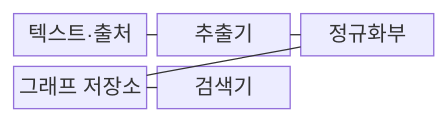
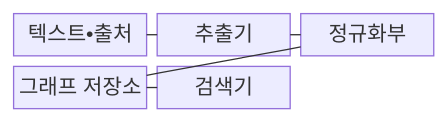
Before and after one commit to agnusdei1207/knowledge-base: the first of 2 diagrams in src/content/docs/notes/08-latest-tech/072_graph_rag.md, drawn with Mermaid. The commit also changed other lines of this file and 953 other files, not shown here.

````diff
--- a/src/content/docs/notes/08-latest-tech/072_graph_rag.md
+++ b/src/content/docs/notes/08-latest-tech/072_graph_rag.md
@@ -68,13 +68,13 @@
 ```mermaid
 block-beta
   columns 3
-  source["텍스트·출처"]
+  source["텍스트•출처"]
   extractor["추출기"]
   resolver["정규화부"]
   graph["그래프 저장소"]
   retriever["검색기"]
   source --- extractor
   extractor --- resolver
   resolver --- graph
   graph --- retriever
 ```
````
